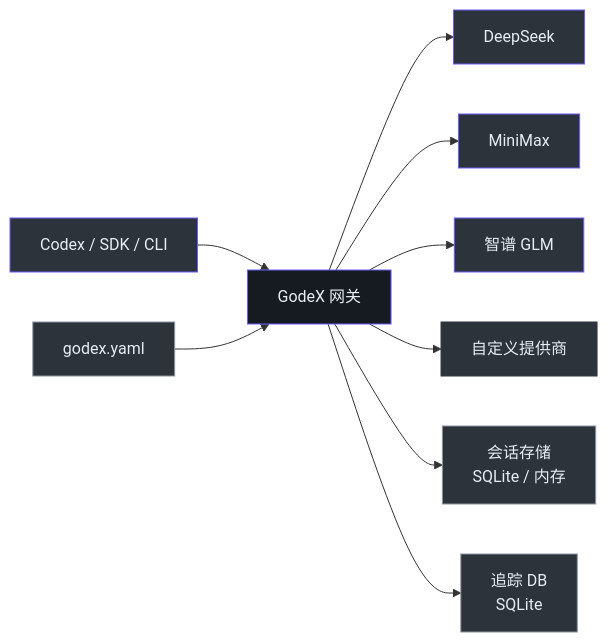
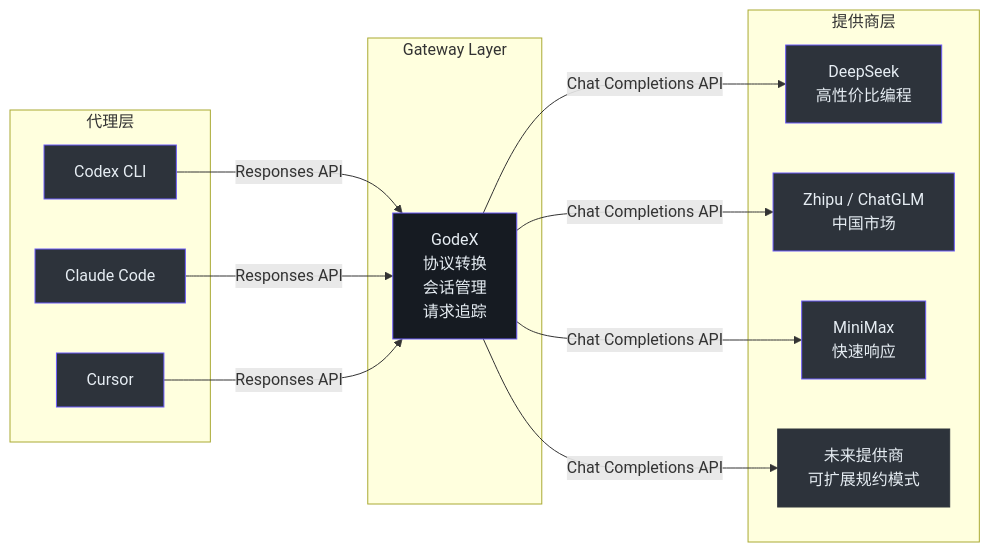
The first of 3 diagrams in wiki/zh/onboarding/executive-guide.md (zamelee/GodeX), drawn with Mermaid before and after one commit. The commit also changed other lines of this file and 120 other files, not shown here.

Commit message:
docs: comprehensive VitePress wiki with dark theme, EN/ZH sync, and Mermaid fixes (#118)

````diff
--- a/wiki/zh/onboarding/executive-guide.md
+++ b/wiki/zh/onboarding/executive-guide.md
@@ -35,21 +81,36 @@
 ```mermaid
 graph LR
-  CLIENT["Codex / SDK / CLI"] --> GODEX["GodeX 网关"]
-  GODEX --> DEEPSEEK["DeepSeek"]
-  GODEX --> MINIMAX["MiniMax"]
-  GODEX --> ZHIPU["智谱 GLM"]
-  GODEX --> CUSTOM["自定义提供商"]
-  GODEX --> SESSION["会话存储<br>SQLite / 内存"]
-  GODEX --> TRACE["追踪 DB<br>SQLite"]
-  CONFIG["godex.yaml"] --> GODEX
+  subgraph agents["代理层"]
+    CODEX["Codex CLI"]
+    CLAUDE["Claude Code"]
+    CURSOR["Cursor"]
+  end
 
-  style CLIENT fill:#2d333b,stroke:#6d5dfc,color:#e6edf3
+  subgraph Gateway Layer
+    GODEX["GodeX<br>协议转换<br>会话管理<br>请求追踪"]
+  end
+
+  subgraph providers["提供商层"]
+    DEEPSEEK["DeepSeek<br>高性价比编程"]
+    ZHIPU["Zhipu / ChatGLM<br>中国市场"]
+    MINIMAX["MiniMax<br>快速响应"]
+    FUTURE["未来提供商<br>可扩展规约模式"]
+  end
+
+  CODEX -->|"Responses API"| GODEX
+  CLAUDE -->|"Responses API"| GODEX
+  CURSOR -->|"Responses API"| GODEX
+  GODEX -->|"Chat Completions API"| DEEPSEEK
+  GODEX -->|"Chat Completions API"| ZHIPU
+  GODEX -->|"Chat Completions API"| MINIMAX
+  GODEX -->|"Chat Completions API"| FUTURE
+
   style GODEX fill:#161b22,stroke:#6d5dfc,color:#e6edf3
+  style CODEX fill:#2d333b,stroke:#6d5dfc,color:#e6edf3
+  style CLAUDE fill:#2d333b,stroke:#6d5dfc,color:#e6edf3
+  style CURSOR fill:#2d333b,stroke:#6d5dfc,color:#e6edf3
   style DEEPSEEK fill:#2d333b,stroke:#6d5dfc,color:#e6edf3
+  style ZHIPU fill:#2d333b,stroke:#6d5dfc,color:#e6edf3
   style MINIMAX fill:#2d333b,stroke:#6d5dfc,color:#e6edf3
-  style ZHIPU fill:#2d333b,stroke:#6d5dfc,color:#e6edf3
-  style CUSTOM fill:#2d333b,stroke:#30363d,color:#e6edf3
-  style SESSION fill:#2d333b,stroke:#8b949e,color:#e6edf3
-  style TRACE fill:#2d333b,stroke:#8b949e,color:#e6edf3
-  style CONFIG fill:#2d333b,stroke:#8b949e,color:#e6edf3
+  style FUTURE fill:#2d333b,stroke:#30363d,color:#e6edf3
 ```
````
